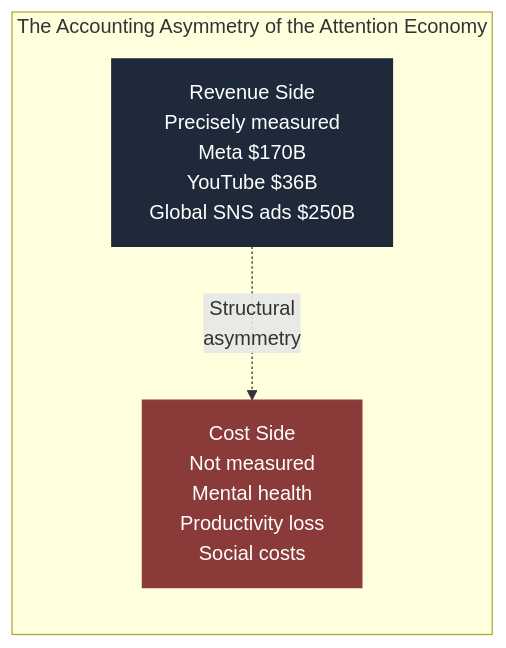
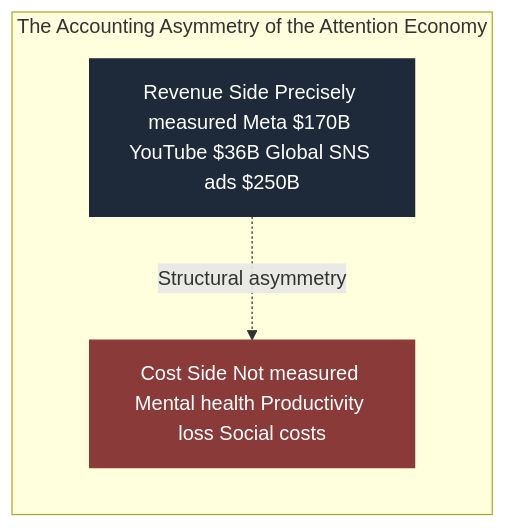
The third of 5 diagrams in docs/en/the-attention-economy-is-over_EN.md (Leading-AI-IO/the-attention-economy-is-over), drawn with Mermaid before and after one commit. The commit also changed other lines of this file, not shown here.

````diff
--- a/docs/en/the-attention-economy-is-over_EN.md
+++ b/docs/en/the-attention-economy-is-over_EN.md
@@ -725,11 +725,11 @@
 ```mermaid
 graph LR
     subgraph "The Accounting Asymmetry of the Attention Economy"
-        A[Revenue Side\nPrecisely measured\nMeta $170B\nYouTube $36B\nGlobal SNS ads $250B]
-        B[Cost Side\nNot measured\nMental health\nProductivity loss\nSocial costs]
-        A -."Structural\nasymmetry".-> B
+        A[Revenue Side Precisely measured Meta $170B YouTube $36B Global SNS ads $250B]
+        B[Cost Side Not measured Mental health Productivity loss Social costs]
+        A -."Structural asymmetry".-> B
     end
 
     style A fill:#1e2a3a,stroke:#1e2a3a,color:#fff
     style B fill:#8b3a3a,stroke:#8b3a3a,color:#fff
 ```
````
